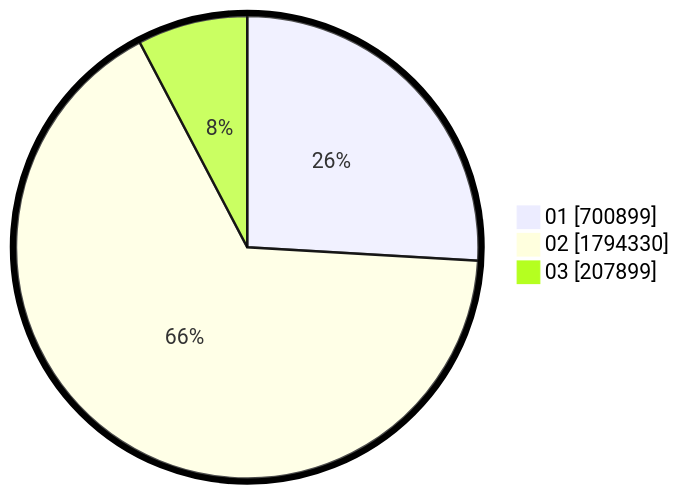
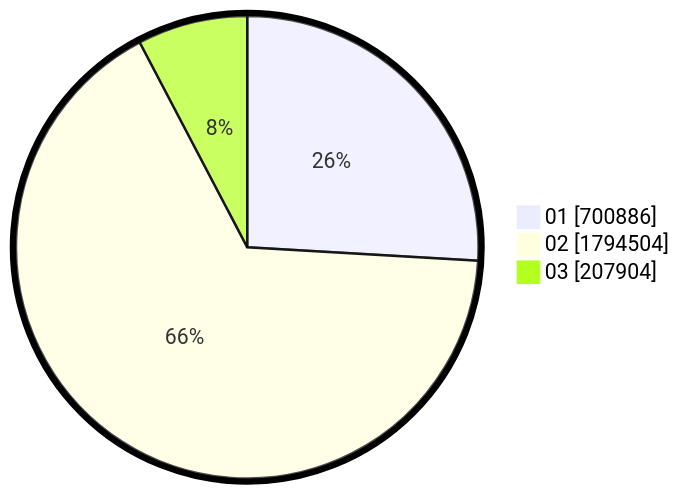
One commit to gigit-pemilu/pemilu-2024 changed the second of 2 diagrams in pilpres/hitung-suara/sub/table-wilayah-52.md. Above: the diagram before and after it, drawn with Mermaid. The commit also changed other lines of this file and 6 other files, not shown here.

````diff
--- a/pilpres/hitung-suara/sub/table-wilayah-52.md
+++ b/pilpres/hitung-suara/sub/table-wilayah-52.md
@@ -15,7 +15,7 @@
 ```mermaid
 %%{init: {"pie": {"textPosition": 0.5}, "themeVariables": {"pieOuterStrokeWidth": "5px"}} }%%
 pie showData
-    "01" : 700899
-    "02" : 1794330
-    "03" : 207899
+    "01" : 700886
+    "02" : 1794504
+    "03" : 207904
 ```
````
